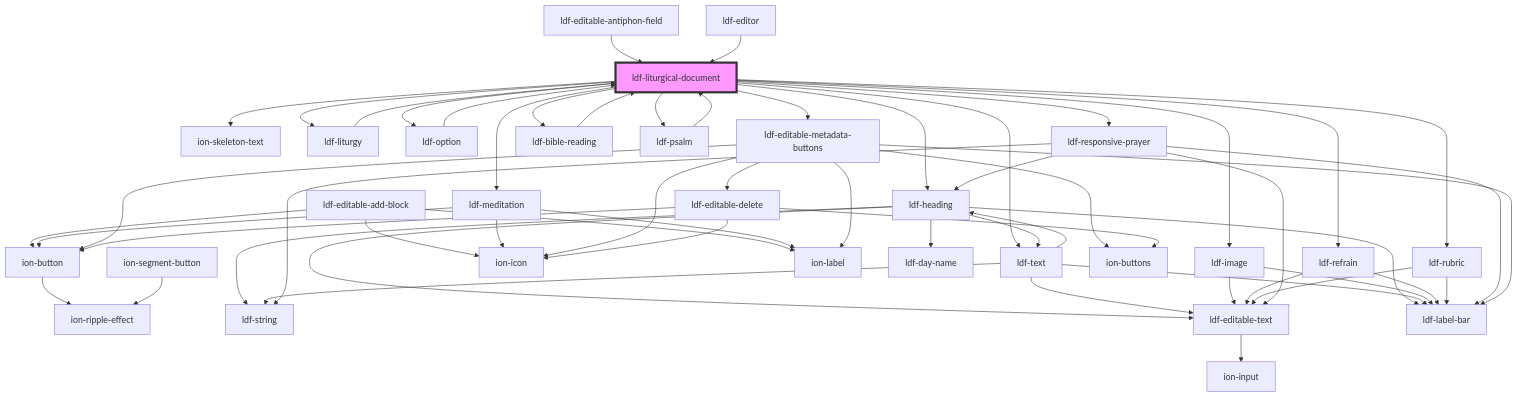
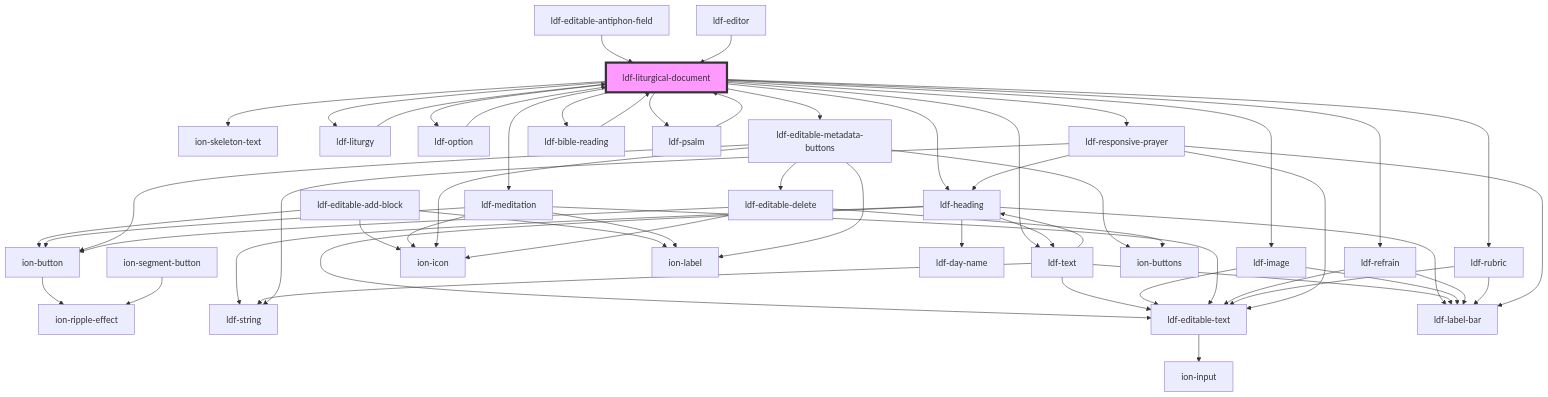
One commit to gbj/venite changed the diagram in components/src/components/liturgical-document/readme.md. Above: the diagram before and after it, drawn with Mermaid. The commit also changed 24 other files, not shown here.

Commit message:
Better Edit/Preview button behavior, and better Meditation editable

````diff
--- a/components/src/components/liturgical-document/readme.md
+++ b/components/src/components/liturgical-document/readme.md
@@ -57,60 +57,60 @@
 ```mermaid
 graph TD;
   ldf-liturgical-document --> ion-skeleton-text
   ldf-liturgical-document --> ldf-liturgy
   ldf-liturgical-document --> ldf-heading
   ldf-liturgical-document --> ldf-image
   ldf-liturgical-document --> ldf-meditation
   ldf-liturgical-document --> ldf-option
   ldf-liturgical-document --> ldf-refrain
   ldf-liturgical-document --> ldf-rubric
   ldf-liturgical-document --> ldf-text
   ldf-liturgical-document --> ldf-responsive-prayer
   ldf-liturgical-document --> ldf-bible-reading
   ldf-liturgical-document --> ldf-psalm
   ldf-liturgical-document --> ldf-editable-metadata-buttons
   ldf-liturgy --> ldf-liturgical-document
   ldf-editable-add-block --> ion-button
   ldf-editable-add-block --> ion-icon
   ldf-editable-add-block --> ion-label
   ion-button --> ion-ripple-effect
   ldf-heading --> ldf-string
   ldf-heading --> ldf-editable-text
   ldf-heading --> ldf-label-bar
   ldf-heading --> ldf-day-name
   ldf-heading --> ldf-text
   ldf-editable-text --> ion-input
   ldf-text --> ldf-label-bar
   ldf-text --> ldf-heading
   ldf-text --> ldf-editable-text
   ldf-text --> ldf-string
   ldf-image --> ldf-label-bar
   ldf-image --> ldf-editable-text
   ldf-meditation --> ion-button
   ldf-meditation --> ion-icon
   ldf-meditation --> ion-label
+  ldf-meditation --> ldf-editable-text
   ldf-option --> ldf-liturgical-document
   ion-segment-button --> ion-ripple-effect
   ldf-refrain --> ldf-label-bar
   ldf-refrain --> ldf-editable-text
   ldf-rubric --> ldf-label-bar
   ldf-rubric --> ldf-editable-text
   ldf-responsive-prayer --> ldf-editable-text
   ldf-responsive-prayer --> ldf-string
   ldf-responsive-prayer --> ldf-label-bar
   ldf-responsive-prayer --> ldf-heading
   ldf-bible-reading --> ldf-liturgical-document
   ldf-psalm --> ldf-liturgical-document
-  ldf-editable-metadata-buttons --> ldf-label-bar
   ldf-editable-metadata-buttons --> ion-buttons
   ldf-editable-metadata-buttons --> ion-button
   ldf-editable-metadata-buttons --> ion-label
   ldf-editable-metadata-buttons --> ion-icon
   ldf-editable-metadata-buttons --> ldf-editable-delete
   ldf-editable-delete --> ion-buttons
   ldf-editable-delete --> ion-button
   ldf-editable-delete --> ion-icon
   ldf-editable-antiphon-field --> ldf-liturgical-document
   ldf-editor --> ldf-liturgical-document
   style ldf-liturgical-document fill:#f9f,stroke:#333,stroke-width:4px
 ```
````
